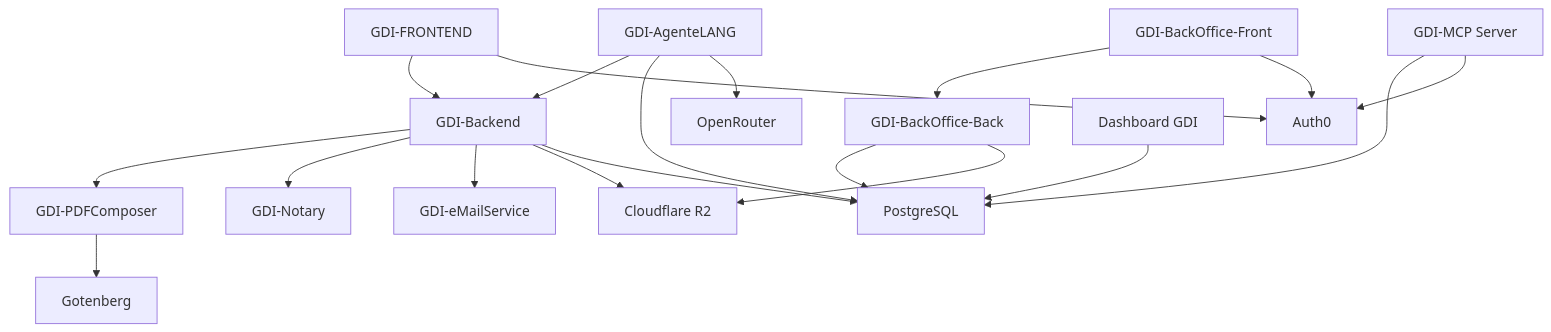
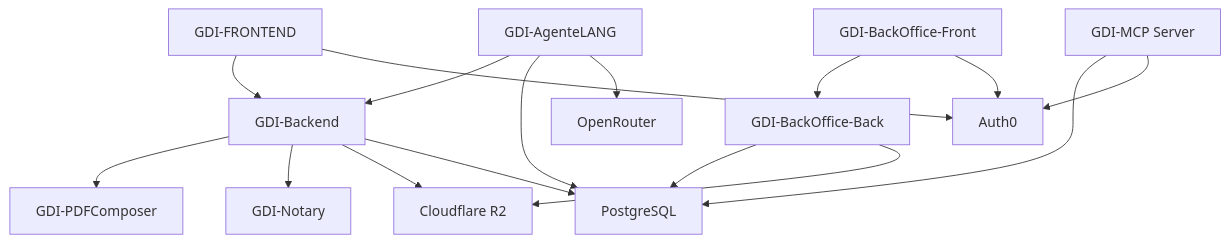
One commit to GDI-APGLv3/GDI-Docs changed the third of 3 diagrams in docs/desarrollo/arquitectura/diagrama-servicios.md. Above: the diagram before and after it, drawn with Mermaid. The commit also changed other lines of this file and 43 other files, not shown here.

````diff
--- a/docs/desarrollo/arquitectura/diagrama-servicios.md
+++ b/docs/desarrollo/arquitectura/diagrama-servicios.md
@@ -129,28 +116,23 @@
 ```mermaid
 graph TD
     FE["GDI-FRONTEND"] --> BE["GDI-Backend"]
     BO["GDI-BackOffice-Front"] --> BOBE["GDI-BackOffice-Back"]
 
     BE --> PDF["GDI-PDFComposer"]
     BE --> NOT["GDI-Notary"]
-    BE --> EMAIL["GDI-eMailService"]
     BE --> R2["Cloudflare R2"]
     BE --> PG["PostgreSQL"]
 
     BOBE --> PG
     BOBE --> R2
-
-    PDF --> GOT["Gotenberg"]
 
     AGENT["GDI-AgenteLANG"] --> BE
     AGENT --> PG
     AGENT --> OR["OpenRouter"]
 
     MCP["GDI-MCP Server"] --> PG
     MCP --> A0["Auth0"]
 
-    DASH["Dashboard GDI"] --> PG
-
     FE --> A0
     BO --> A0
 ```
````
